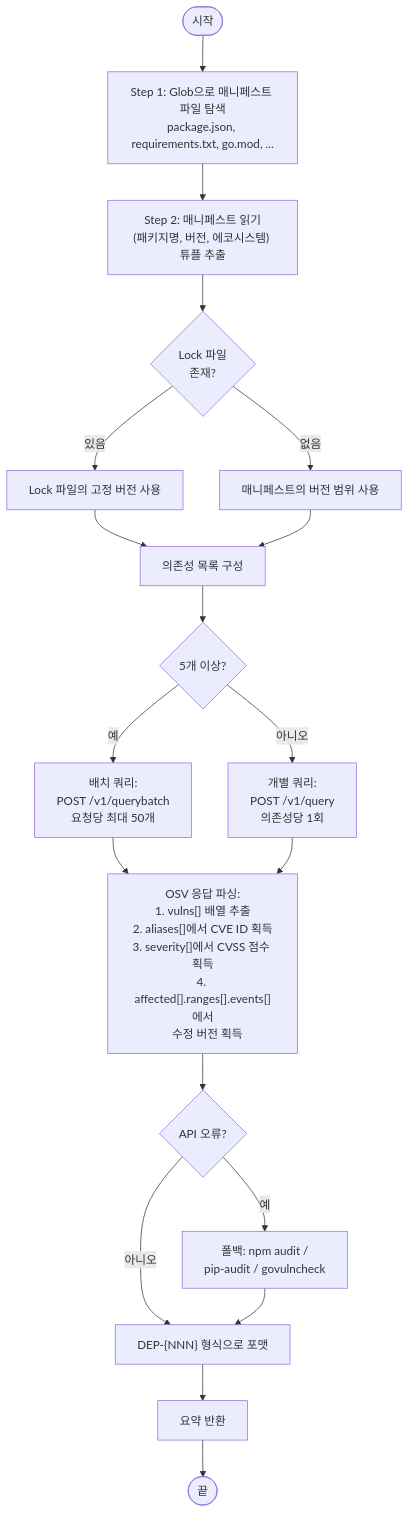
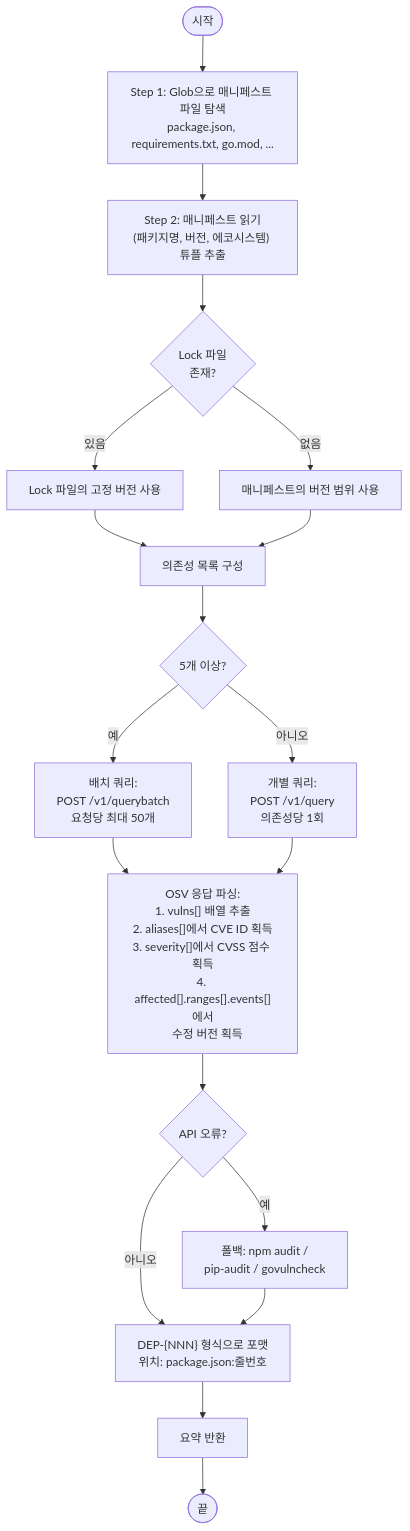
One commit to letsur-dev/vulcheck changed the fifth of 8 diagrams in design/codeinspector.md. Above: the diagram before and after it, drawn with Mermaid. The commit also changed other lines of this file and 3 other files, not shown here.

````diff
--- a/design/codeinspector.md
+++ b/design/codeinspector.md
@@ -134,28 +250,28 @@
 ```mermaid
 flowchart TD
     Start([시작]) --> Detect["Step 1: Glob으로 매니페스트 파일 탐색<br>package.json, requirements.txt, go.mod, ..."]
     Detect --> Extract["Step 2: 매니페스트 읽기<br>(패키지명, 버전, 에코시스템) 튜플 추출"]
 
     Extract --> LockCheck{"Lock 파일<br>존재?"}
     LockCheck -->|있음| UseLock["Lock 파일의 고정 버전 사용"]
     LockCheck -->|없음| UseManifest["매니페스트의 버전 범위 사용"]
     UseLock --> BuildList["의존성 목록 구성"]
     UseManifest --> BuildList
 
     BuildList --> BatchCheck{"5개 이상?"}
     BatchCheck -->|예| BatchQuery["배치 쿼리:<br>POST /v1/querybatch<br>요청당 최대 50개"]
     BatchCheck -->|아니오| SingleQuery["개별 쿼리:<br>POST /v1/query<br>의존성당 1회"]
 
     BatchQuery --> ParseResponse
     SingleQuery --> ParseResponse
 
     ParseResponse["OSV 응답 파싱:<br>1. vulns[] 배열 추출<br>2. aliases[]에서 CVE ID 획득<br>3. severity[]에서 CVSS 점수 획득<br>4. affected[].ranges[].events[]에서<br>   수정 버전 획득"]
 
     ParseResponse --> APIFail{"API 오류?"}
     APIFail -->|예| Fallback["폴백: npm audit /<br>pip-audit / govulncheck"]
     APIFail -->|아니오| FormatFindings
 
-    Fallback --> FormatFindings["DEP-{NNN} 형식으로 포맷"]
+    Fallback --> FormatFindings["DEP-{NNN} 형식으로 포맷<br>위치: package.json:줄번호"]
     FormatFindings --> Summary["요약 반환"]
     Summary --> End([끝])
 ```
````
